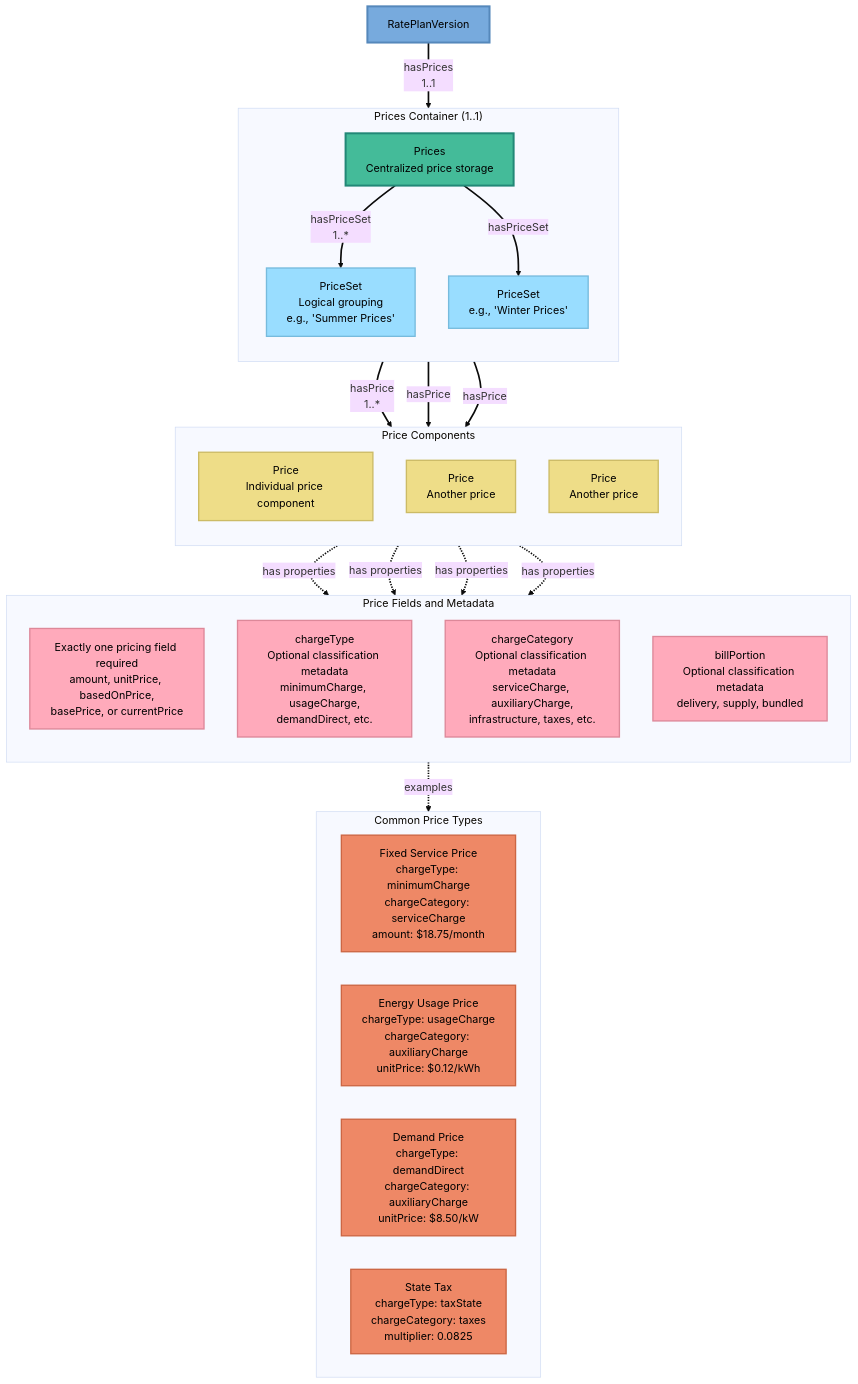
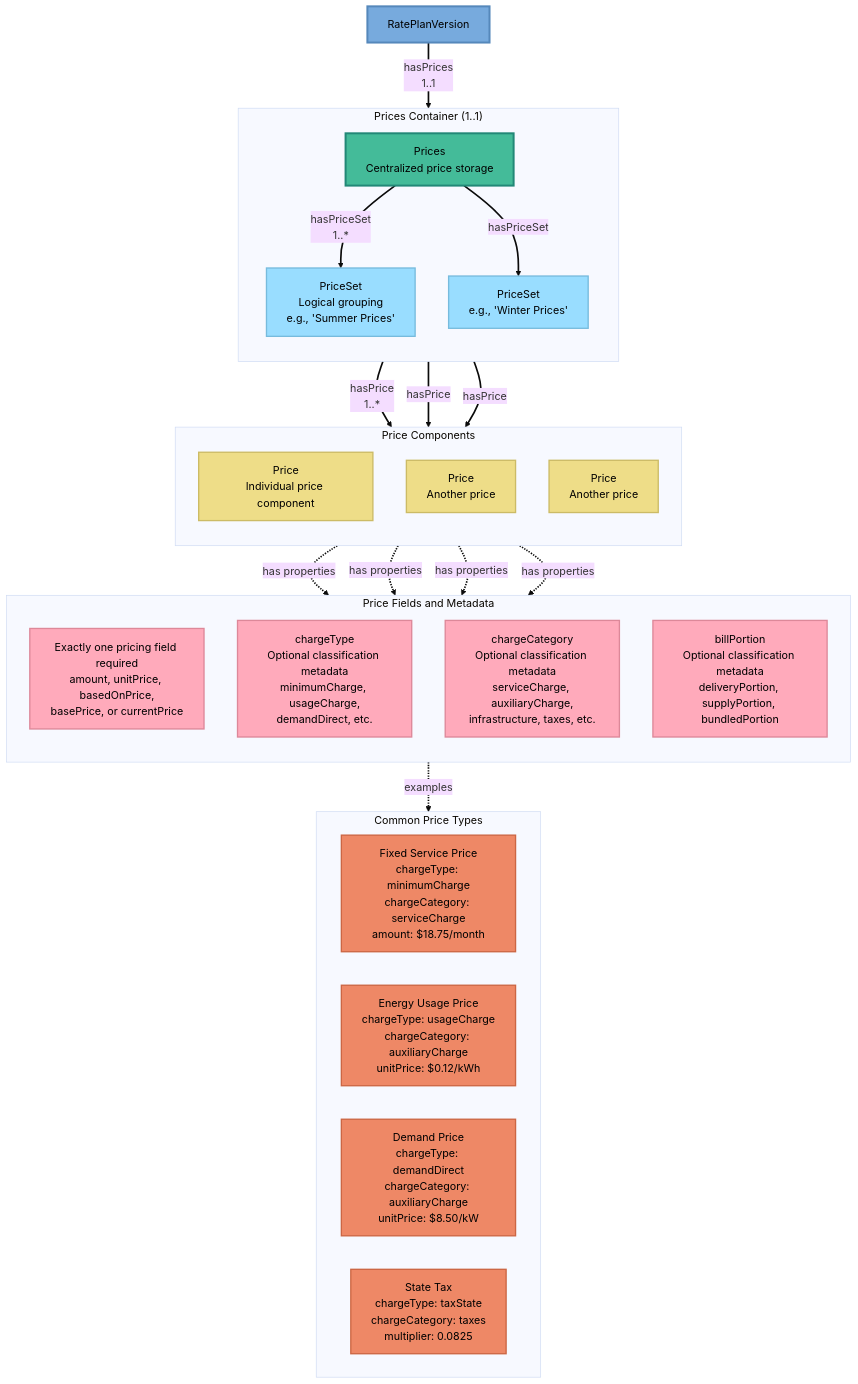
The diagram in documentation/diagrams/urpx-price-structure-diagram.mmd (urpx-org/urpx), drawn with Mermaid (base theme) before and after one commit. The commit also changed 5 other files, not shown here.

```diff
--- a/documentation/diagrams/urpx-price-structure-diagram.mmd
+++ b/documentation/diagrams/urpx-price-structure-diagram.mmd
@@ -1,90 +1,90 @@
-%% SPDX-FileCopyrightText: Flux Tailor LLC
+%% SPDX-FileCopyrightText: The URPX Authors
 %% SPDX-License-Identifier: W3C-20150513
 
 %% URPX Price Structure Diagram
 %% Shows: Prices → PriceSet → Price hierarchy
 %% Created: January 26, 2026
 %% Paul Tol 2.7 Light color scheme
 
 graph TB
     
     RPVersion[RatePlanVersion]
     
     %% Prices Container
     subgraph PricesContainer["Prices Container (1..1)"]
         direction TB
         Prices[Prices<br/>Centralized price storage]
         
         PriceSet1[PriceSet<br/>Logical grouping<br/>e.g., 'Summer Prices']
         PriceSet2[PriceSet<br/>e.g., 'Winter Prices']
         
         Prices -->|hasPriceSet<br/>1..*| PriceSet1
         Prices -->|hasPriceSet| PriceSet2
     end
     
     %% Price Components
     subgraph PriceComponents["Price Components"]
         direction TB
         
         Price1[Price<br/>Individual price component]
         Price2[Price<br/>Another price]
         Price3[Price<br/>Another price]
         
         PriceSet1 -->|hasPrice<br/>1..*| Price1
         PriceSet1 -->|hasPrice| Price2
         PriceSet1 -->|hasPrice| Price3
     end
     
     %% Price Properties
     subgraph PriceProps["Price Fields and Metadata"]
         direction TB
         
         PricingField[Exactly one pricing field required<br/>amount, unitPrice, basedOnPrice,<br/>basePrice, or currentPrice]
         
         ChargeType[chargeType<br/>Optional classification metadata<br/>minimumCharge, usageCharge,<br/>demandDirect, etc.]
         
         ChargeCategory[chargeCategory<br/>Optional classification metadata<br/>serviceCharge, auxiliaryCharge,<br/>infrastructure, taxes, etc.]
         
-        BillPortion[billPortion<br/>Optional classification metadata<br/>delivery, supply, bundled]
+        BillPortion[billPortion<br/>Optional classification metadata<br/>deliveryPortion, supplyPortion, bundledPortion]
     end
     
     %% Price Types Examples
     subgraph PriceExamples["Common Price Types"]
         direction LR
         
         Ex1[Fixed Service Price<br/>chargeType: minimumCharge<br/>chargeCategory: serviceCharge<br/>amount: $18.75/month]
         
         Ex2[Energy Usage Price<br/>chargeType: usageCharge<br/>chargeCategory: auxiliaryCharge<br/>unitPrice: $0.12/kWh]
         
         Ex3[Demand Price<br/>chargeType: demandDirect<br/>chargeCategory: auxiliaryCharge<br/>unitPrice: $8.50/kW]
         
         Ex4[State Tax<br/>chargeType: taxState<br/>chargeCategory: taxes<br/>multiplier: 0.0825]
     end
     
     %% Connections
     RPVersion -->|hasPrices<br/>1..1| Prices
     
     Price1 -.->|has properties| ChargeType
     Price1 -.->|has properties| ChargeCategory
     Price1 -.->|has properties| BillPortion
     Price1 -.->|has properties| PricingField
     
     PriceProps -.->|examples| PriceExamples
     
     %% Styling - Paul Tol 2.7 Light colors
     classDef versionClass fill:#77AADD,stroke:#5588BB,stroke-width:3px,color:#000
     classDef containerClass fill:#44BB99,stroke:#228877,stroke-width:3px,color:#000
     classDef priceSetClass fill:#99DDFF,stroke:#77BBDD,stroke-width:2px,color:#000
     classDef priceClass fill:#EEDD88,stroke:#CCBB66,stroke-width:2px,color:#000
     classDef propClass fill:#FFAABB,stroke:#DD8899,stroke-width:2px,color:#000
     classDef exampleClass fill:#EE8866,stroke:#CC6644,stroke-width:2px,color:#000
     
     class RPVersion versionClass
     class Prices containerClass
     class PriceSet1,PriceSet2 priceSetClass
     class Price1,Price2,Price3 priceClass
     class PricingField,ChargeType,ChargeCategory,BillPortion propClass
     class Ex1,Ex2,Ex3,Ex4 exampleClass
 
     %% Edge stroke width, matched to the documentation site
     linkStyle default stroke-width:2.5px
```
